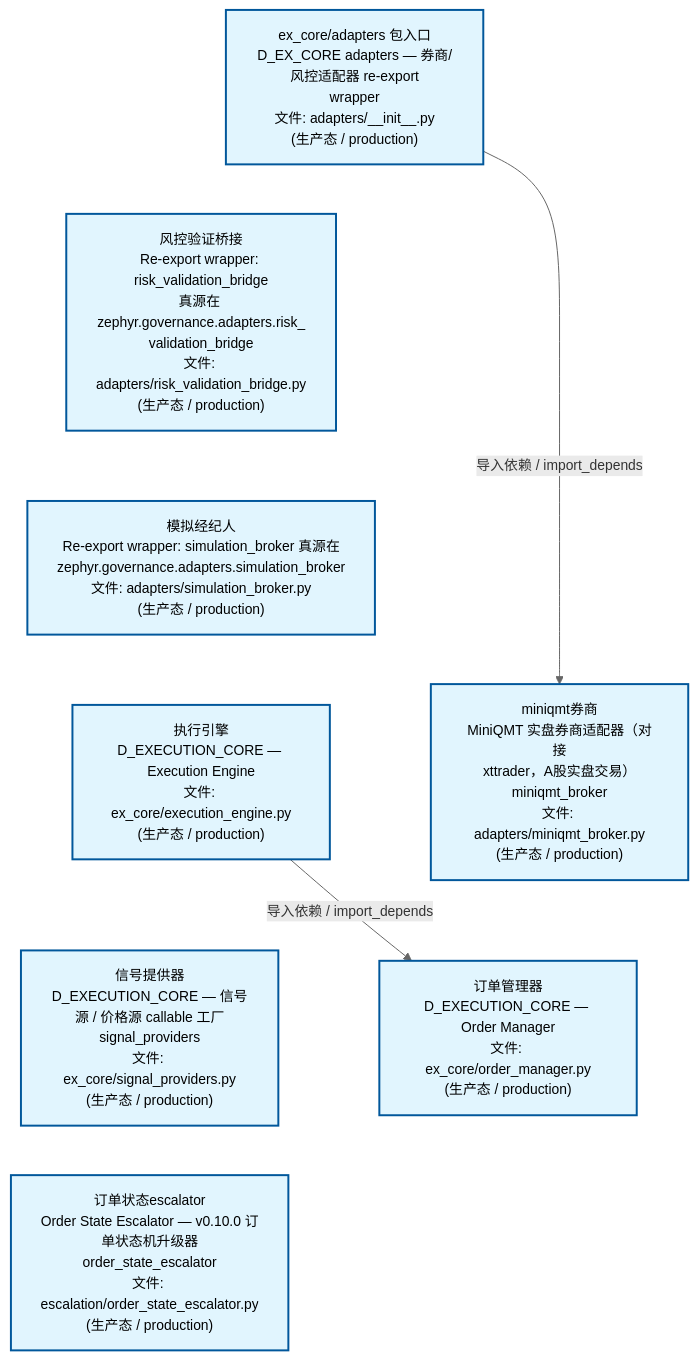
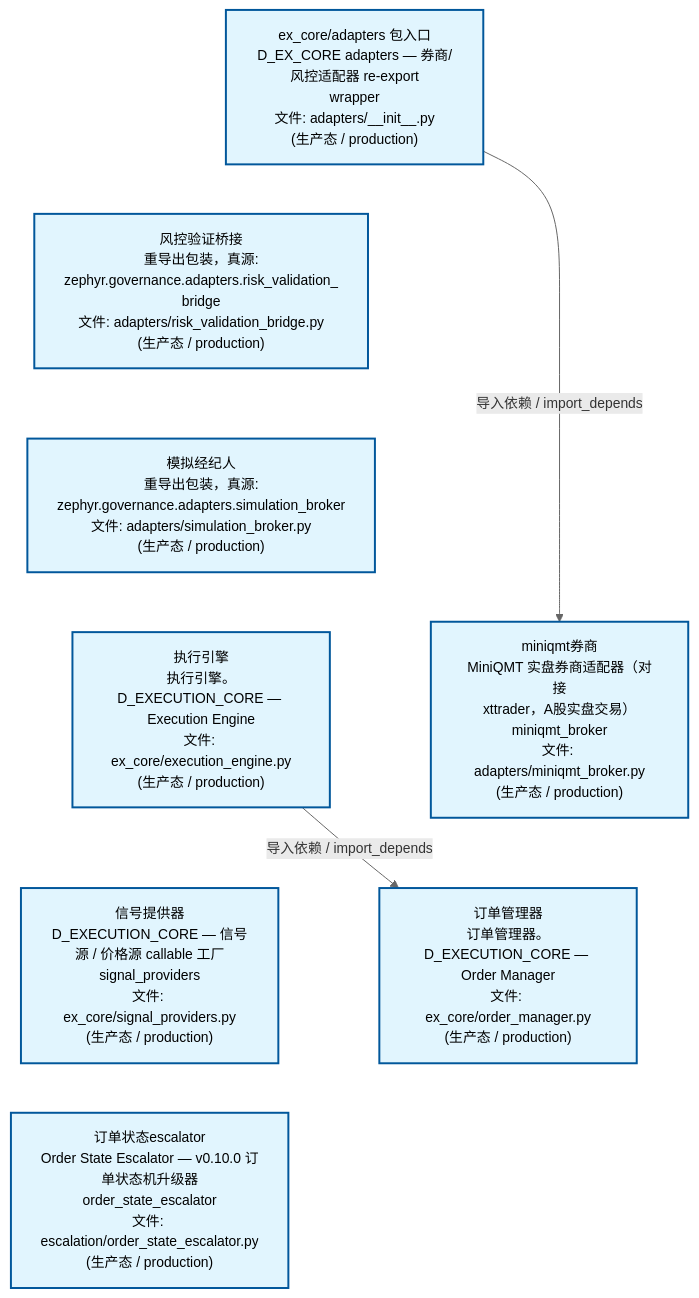
Before and after one commit to xuanFelixVan/ZephyrAlpha: the second of 4 diagrams in docs/02_enterprise_architecture/02_domain_architecture_docs/44_d_ex_core.md, drawn with Mermaid. The commit also changed other lines of this file and 63 other files, not shown here.

````diff
--- a/docs/02_enterprise_architecture/02_domain_architecture_docs/44_d_ex_core.md
+++ b/docs/02_enterprise_architecture/02_domain_architecture_docs/44_d_ex_core.md
@@ -169,25 +169,25 @@
 ```mermaid
 %%{init: {'theme': 'base', 'themeVariables': {'primaryColor': '#eaeaea', 'primaryTextColor': '#333333', 'primaryBorderColor': '#666666', 'lineColor': '#666666', 'secondaryColor': '#eaeaea', 'tertiaryColor': '#eaeaea', 'fontSize': '14px'}}}%%
 flowchart TD
     src_zephyr_ex_core_adapters_init_py["ex_core/adapters 包入口<br/>D_EX_CORE adapters — 券商/风控适配器 re-export<br/>wrapper<br/>文件: adapters/__init__.py<br/>(生产态 / production)"]
-    src_zephyr_ex_core_adapters_risk_validation_bridge_py["风控验证桥接<br/>Re-export wrapper: risk_validation_bridge<br/>真源在 zephyr.governance.adapters.risk_<br/>validation_bridge<br/>文件: adapters/risk_validation_bridge.py<br/>(生产态 / production)"]
-    src_zephyr_ex_core_adapters_simulation_broker_py["模拟经纪人<br/>Re-export wrapper: simulation_broker 真源在<br/>zephyr.governance.adapters.simulation_broker<br/>文件: adapters/simulation_broker.py<br/>(生产态 / production)"]
-    src_zephyr_ex_core_execution_engine_py["执行引擎<br/>D_EXECUTION_CORE — Execution Engine<br/>文件: ex_core/execution_engine.py<br/>(生产态 / production)"]
+    src_zephyr_ex_core_adapters_risk_validation_bridge_py["风控验证桥接<br/>重导出包装，真源:<br/>zephyr.governance.adapters.risk_validation_<br/>bridge<br/>文件: adapters/risk_validation_bridge.py<br/>(生产态 / production)"]
+    src_zephyr_ex_core_adapters_simulation_broker_py["模拟经纪人<br/>重导出包装，真源:<br/>zephyr.governance.adapters.simulation_broker<br/>文件: adapters/simulation_broker.py<br/>(生产态 / production)"]
+    src_zephyr_ex_core_execution_engine_py["执行引擎<br/>执行引擎。D_EXECUTION_CORE — Execution Engine<br/>文件: ex_core/execution_engine.py<br/>(生产态 / production)"]
     src_zephyr_ex_core_signal_providers_py["信号提供器<br/>D_EXECUTION_CORE — 信号源 / 价格源 callable 工厂<br/>signal_providers<br/>文件: ex_core/signal_providers.py<br/>(生产态 / production)"]
     src_zephyr_governance_escalation_order_state_escalator_py["订单状态escalator<br/>Order State Escalator — v0.10.0 订单状态机升级器<br/>order_state_escalator<br/>文件: escalation/order_state_escalator.py<br/>(生产态 / production)"]
     src_zephyr_ex_core_adapters_init_py ~~~ src_zephyr_ex_core_adapters_risk_validation_bridge_py
     src_zephyr_ex_core_adapters_risk_validation_bridge_py ~~~ src_zephyr_ex_core_adapters_simulation_broker_py
     src_zephyr_ex_core_adapters_simulation_broker_py ~~~ src_zephyr_ex_core_execution_engine_py
     src_zephyr_ex_core_execution_engine_py ~~~ src_zephyr_ex_core_signal_providers_py
     src_zephyr_ex_core_signal_providers_py ~~~ src_zephyr_governance_escalation_order_state_escalator_py
     src_zephyr_ex_core_adapters_miniqmt_broker_py["miniqmt券商<br/>MiniQMT 实盘券商适配器（对接<br/>xttrader，A股实盘交易）<br/>miniqmt_broker<br/>文件: adapters/miniqmt_broker.py<br/>(生产态 / production)"]
-    src_zephyr_ex_core_order_manager_py["订单管理器<br/>D_EXECUTION_CORE — Order Manager<br/>文件: ex_core/order_manager.py<br/>(生产态 / production)"]
+    src_zephyr_ex_core_order_manager_py["订单管理器<br/>订单管理器。D_EXECUTION_CORE — Order Manager<br/>文件: ex_core/order_manager.py<br/>(生产态 / production)"]
     src_zephyr_ex_core_adapters_miniqmt_broker_py ~~~ src_zephyr_ex_core_order_manager_py
     src_zephyr_ex_core_execution_engine_py -->|导入依赖 / import_depends| src_zephyr_ex_core_order_manager_py
     src_zephyr_ex_core_adapters_init_py -->|导入依赖 / import_depends| src_zephyr_ex_core_adapters_miniqmt_broker_py
     classDef production fill:#e1f5fe,stroke:#01579b,stroke-width:2px,color:#000
     classDef design fill:#fff3e0,stroke:#e65100,stroke-width:2px,color:#000,stroke-dasharray: 5 5
     classDef external_prod fill:#e8f4fd,stroke:#0277bd,stroke-width:1px,color:#000
     classDef external_design fill:#fff8e7,stroke:#ef6c00,stroke-width:1px,color:#000,stroke-dasharray: 5 5
     class src_zephyr_ex_core_adapters_init_py,src_zephyr_ex_core_adapters_miniqmt_broker_py,src_zephyr_ex_core_adapters_risk_validation_bridge_py,src_zephyr_ex_core_adapters_simulation_broker_py,src_zephyr_ex_core_execution_engine_py,src_zephyr_ex_core_order_manager_py,src_zephyr_ex_core_signal_providers_py,src_zephyr_governance_escalation_order_state_escalator_py production
 ```
````
